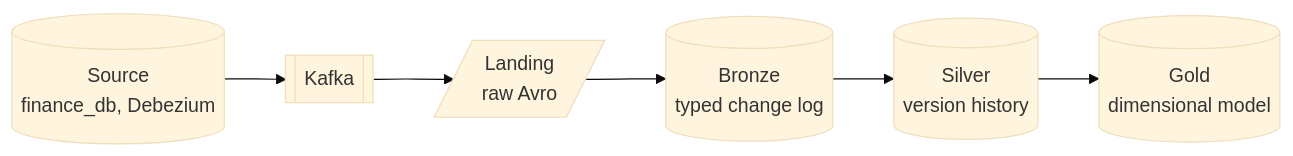
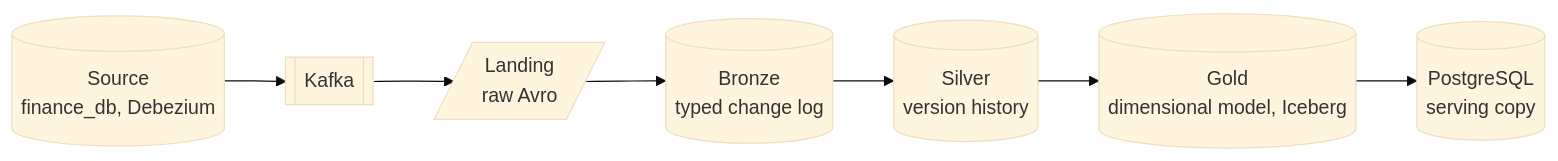
The diagram in docs/lakehouse/index.md (jonathan5p/deel-home-task), drawn with Mermaid (base theme) before and after one commit. The commit also changed other lines of this file and 5 other files, not shown here.

Commit message:
docs(gold): describe gold built by Spark on Iceberg with PostgreSQL as serving copy

````diff
--- a/docs/lakehouse/index.md
+++ b/docs/lakehouse/index.md
@@ -5,8 +5,9 @@
 ```mermaid
 flowchart LR
     source[("Source<br/>finance_db, Debezium")] --> kafka[["Kafka"]]
     kafka --> landing[/"Landing<br/>raw Avro"/]
     landing --> bronze[("Bronze<br/>typed change log")]
     bronze --> silver[("Silver<br/>version history")]
-    silver --> gold[("Gold<br/>dimensional model")]
+    silver --> gold[("Gold<br/>dimensional model, Iceberg")]
+    gold --> serving[("PostgreSQL<br/>serving copy")]
 ```
````
